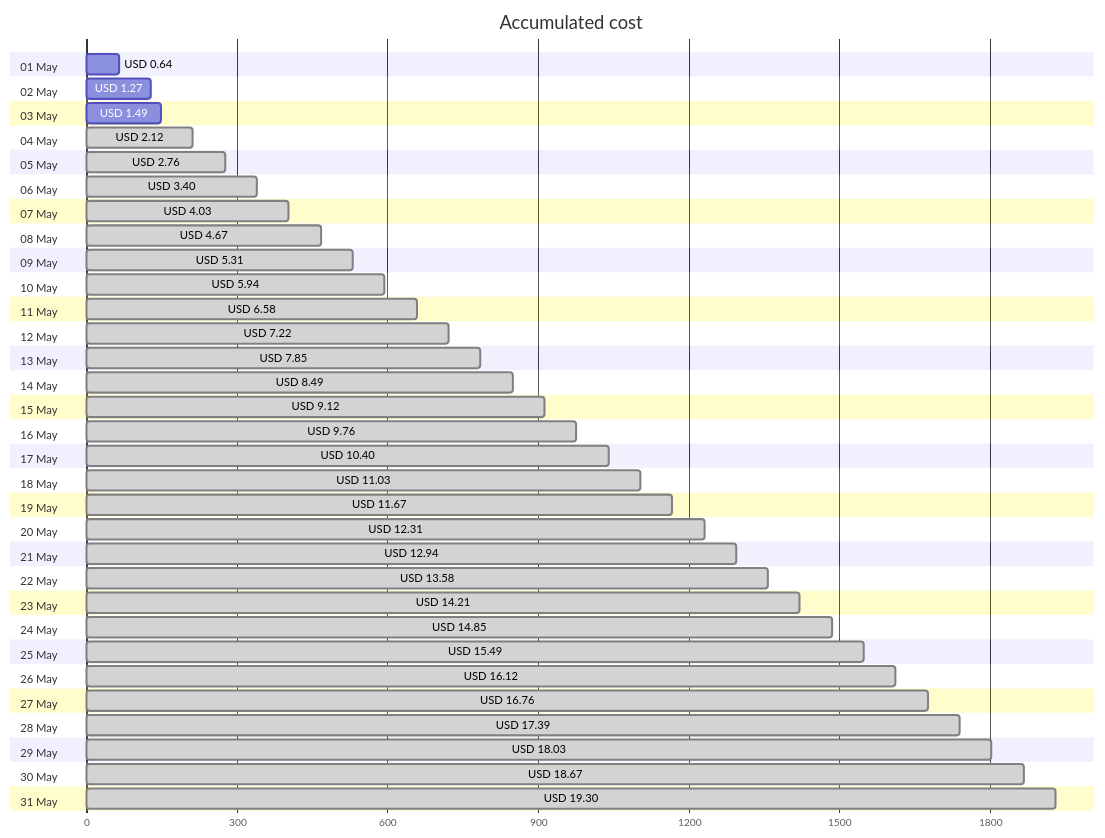
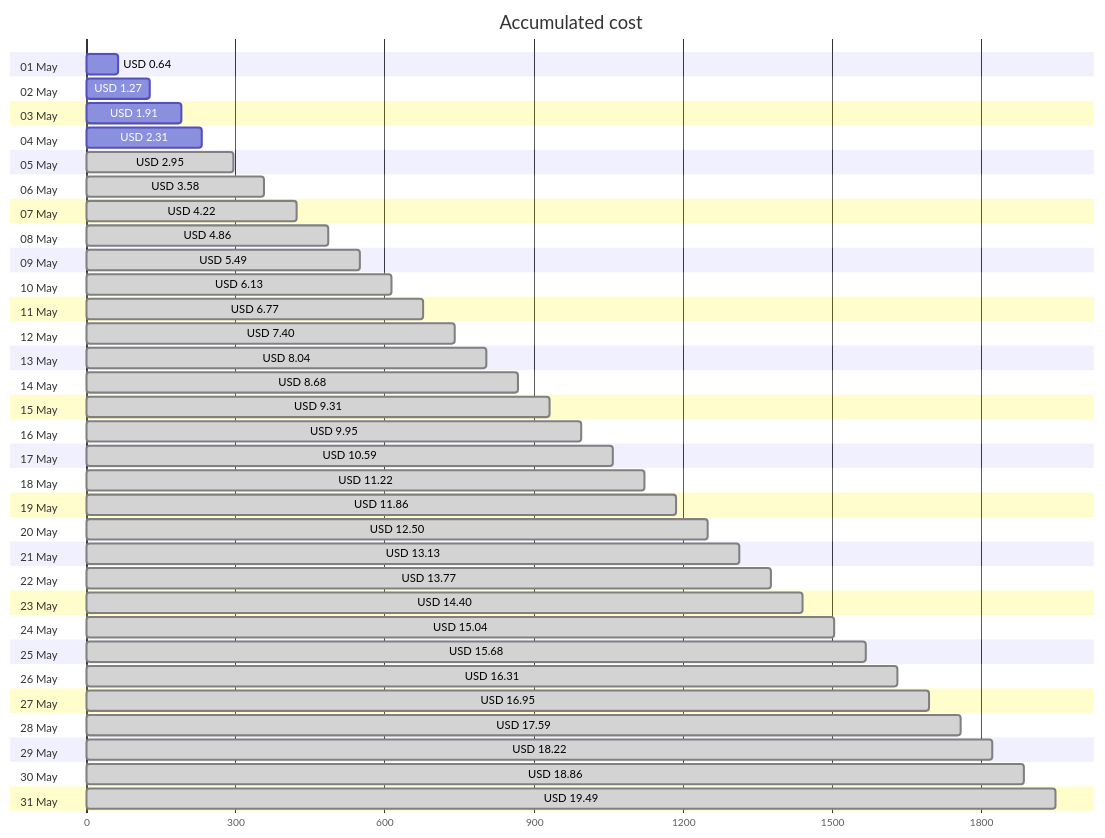
The first of 4 diagrams in cost-reports/accumulated-cost.md (jpfulton/azure-personal-reports), drawn with Mermaid before and after one commit. The commit also changed other lines of this file and 4 other files, not shown here.

````diff
--- a/cost-reports/accumulated-cost.md
+++ b/cost-reports/accumulated-cost.md
@@ -20,68 +20,68 @@
 ```mermaid
 gantt
    title Accumulated cost
    dateFormat  X
    axisFormat %s
    section 01 May
    USD 0.64 :0, 64
    section 02 May
    USD 1.27 :0, 127
    section 03 May
-   USD 1.49 :0, 149
+   USD 1.91 :0, 191
    section 04 May
-   USD 2.12 : done, 0, 212
+   USD 2.31 :0, 231
    section 05 May
-   USD 2.76 : done, 0, 276
+   USD 2.95 : done, 0, 295
    section 06 May
-   USD 3.40 : done, 0, 340
+   USD 3.58 : done, 0, 358
    section 07 May
-   USD 4.03 : done, 0, 403
+   USD 4.22 : done, 0, 422
    section 08 May
-   USD 4.67 : done, 0, 467
+   USD 4.86 : done, 0, 486
    section 09 May
-   USD 5.31 : done, 0, 531
+   USD 5.49 : done, 0, 549
    section 10 May
-   USD 5.94 : done, 0, 594
+   USD 6.13 : done, 0, 613
    section 11 May
-   USD 6.58 : done, 0, 658
+   USD 6.77 : done, 0, 677
    section 12 May
-   USD 7.22 : done, 0, 722
+   USD 7.40 : done, 0, 740
    section 13 May
-   USD 7.85 : done, 0, 785
+   USD 8.04 : done, 0, 804
    section 14 May
-   USD 8.49 : done, 0, 849
+   USD 8.68 : done, 0, 868
    section 15 May
-   USD 9.12 : done, 0, 912
+   USD 9.31 : done, 0, 931
    section 16 May
-   USD 9.76 : done, 0, 976
+   USD 9.95 : done, 0, 995
    section 17 May
-   USD 10.40 : done, 0, 1040
+   USD 10.59 : done, 0, 1059
    section 18 May
-   USD 11.03 : done, 0, 1103
+   USD 11.22 : done, 0, 1122
    section 19 May
-   USD 11.67 : done, 0, 1167
+   USD 11.86 : done, 0, 1186
    section 20 May
-   USD 12.31 : done, 0, 1231
+   USD 12.50 : done, 0, 1250
    section 21 May
-   USD 12.94 : done, 0, 1294
+   USD 13.13 : done, 0, 1313
    section 22 May
-   USD 13.58 : done, 0, 1358
+   USD 13.77 : done, 0, 1377
    section 23 May
-   USD 14.21 : done, 0, 1421
+   USD 14.40 : done, 0, 1440
    section 24 May
-   USD 14.85 : done, 0, 1485
+   USD 15.04 : done, 0, 1504
    section 25 May
-   USD 15.49 : done, 0, 1549
+   USD 15.68 : done, 0, 1568
    section 26 May
-   USD 16.12 : done, 0, 1612
+   USD 16.31 : done, 0, 1631
    section 27 May
-   USD 16.76 : done, 0, 1676
+   USD 16.95 : done, 0, 1695
    section 28 May
-   USD 17.39 : done, 0, 1739
+   USD 17.59 : done, 0, 1759
    section 29 May
-   USD 18.03 : done, 0, 1803
+   USD 18.22 : done, 0, 1822
    section 30 May
-   USD 18.67 : done, 0, 1867
+   USD 18.86 : done, 0, 1886
    section 31 May
-   USD 19.30 : done, 0, 1930
+   USD 19.49 : done, 0, 1949
 ```
````
